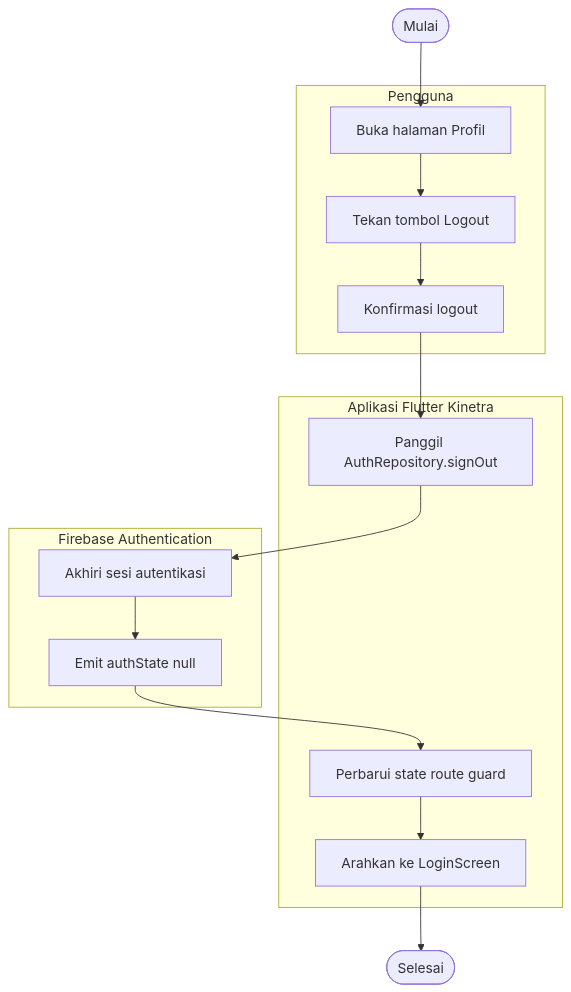
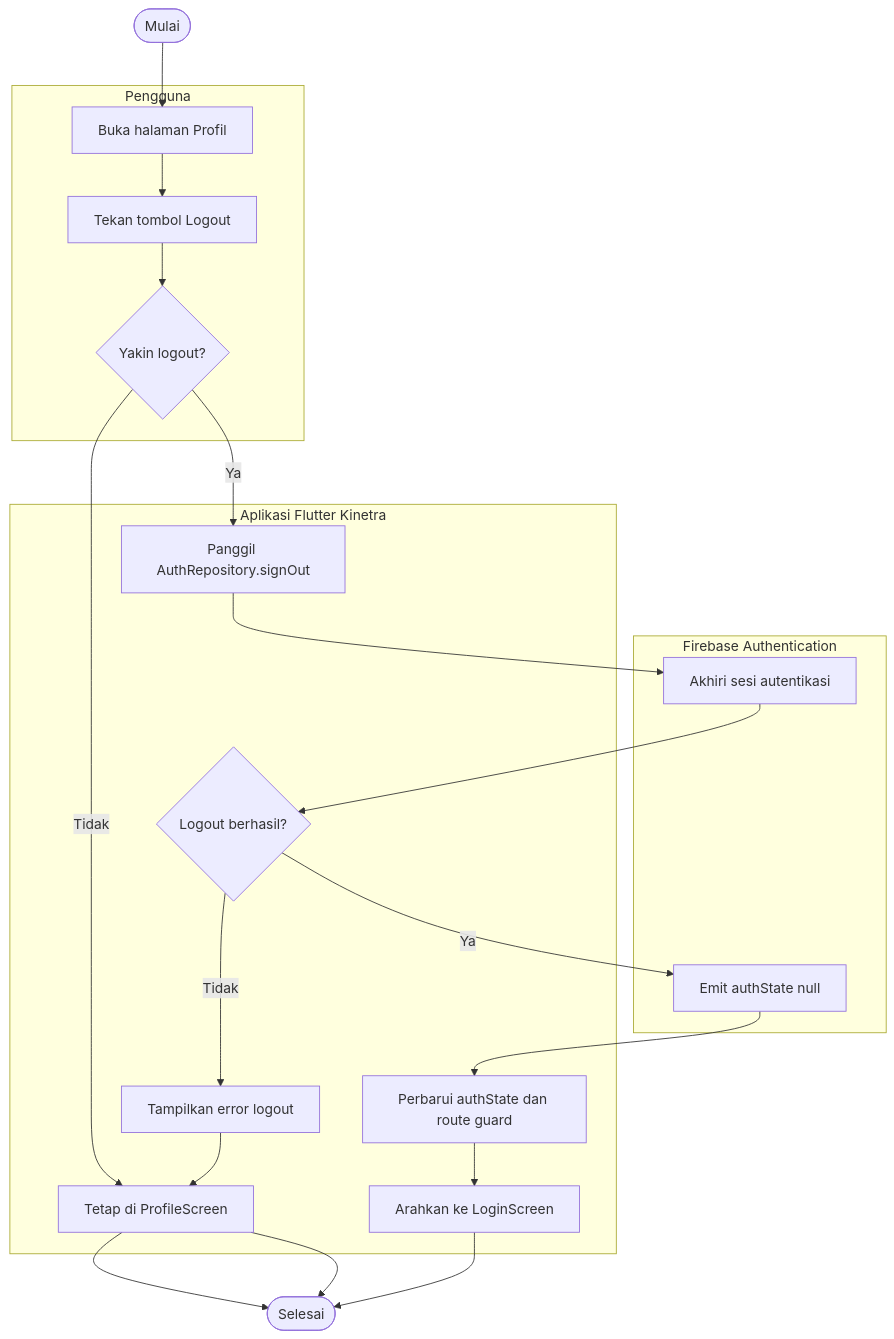
One commit to arifrachmatdx/Kinetra changed the fourth of 26 diagrams in docs/uml.md. Above: the diagram before and after it, drawn with Mermaid. The commit also changed other lines of this file and 1 other file, not shown here.

Commit message:
docs: add detailed UML decisions and alternatives

````diff
--- a/docs/uml.md
+++ b/docs/uml.md
@@ -137,20 +167,27 @@
 ```mermaid
 flowchart TD
     Start([Mulai])
     subgraph User["Pengguna"]
         OpenProfile[Buka halaman Profil]
         TapLogout[Tekan tombol Logout]
-        ConfirmLogout[Konfirmasi logout]
+        ConfirmDecision{Yakin logout?}
     end
     subgraph App["Aplikasi Flutter Kinetra"]
+        StayProfile[Tetap di ProfileScreen]
         CallSignOut[Panggil AuthRepository.signOut]
-        ClearRouteState[Perbarui state route guard]
+        SignOutSuccess{Logout berhasil?}
+        ClearRouteState[Perbarui authState dan route guard]
         GoLogin[Arahkan ke LoginScreen]
+        ShowLogoutError[Tampilkan error logout]
     end
     subgraph Auth["Firebase Authentication"]
         EndSession[Akhiri sesi autentikasi]
         EmitNull[Emit authState null]
     end
 
-    Start --> OpenProfile --> TapLogout --> ConfirmLogout --> CallSignOut --> EndSession --> EmitNull --> ClearRouteState --> GoLogin --> End([Selesai])
+    Start --> OpenProfile --> TapLogout --> ConfirmDecision
+    ConfirmDecision -->|Tidak| StayProfile --> End([Selesai])
+    ConfirmDecision -->|Ya| CallSignOut --> EndSession --> SignOutSuccess
+    SignOutSuccess -->|Tidak| ShowLogoutError --> StayProfile --> End
+    SignOutSuccess -->|Ya| EmitNull --> ClearRouteState --> GoLogin --> End
 ```
````
